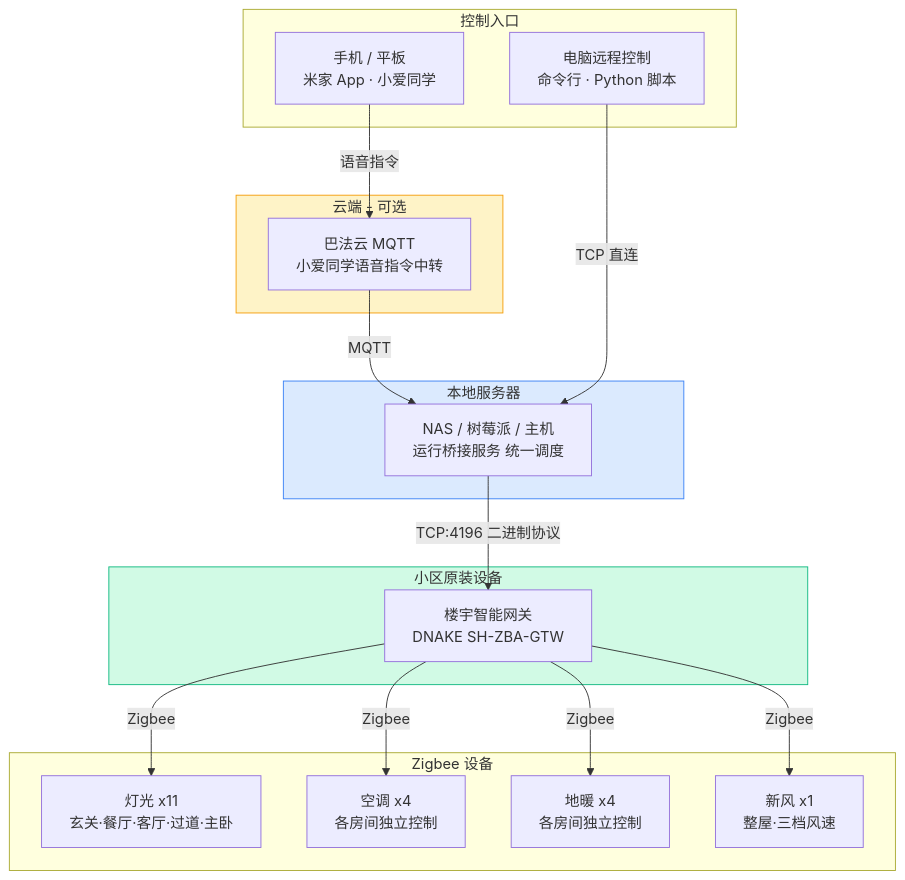
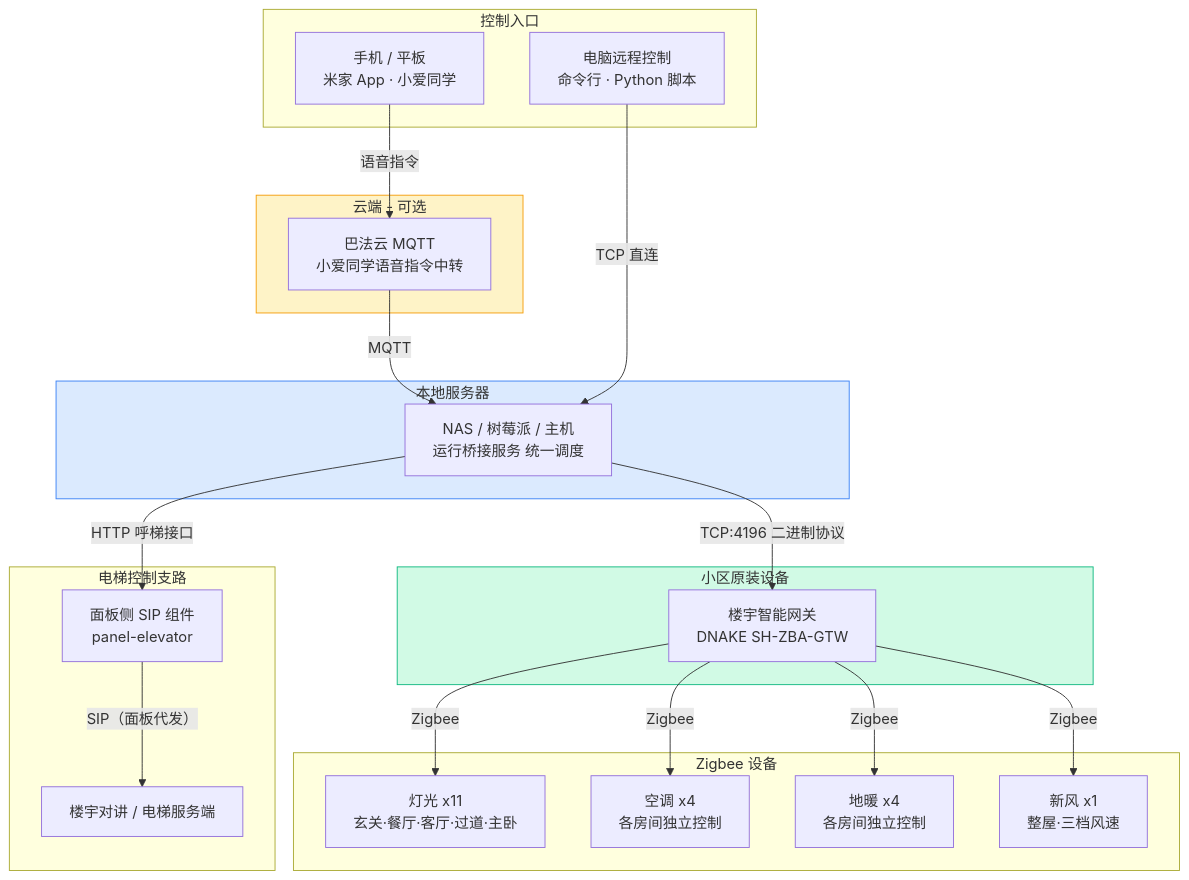
The diagram in README.md (jupiter2021/smart-home-zigbee), drawn with Mermaid before and after one commit. The commit also changed other lines of this file and 20 other files, not shown here.

Commit message:
feat: add optional SIP elevator down calls

````diff
--- a/README.md
+++ b/README.md
@@ -11,39 +11,46 @@
 ```mermaid
 graph TD
     subgraph entry [控制入口]
         A["手机 / 平板\n米家 App · 小爱同学"]
         B["电脑远程控制\n命令行 · Python 脚本"]
     end
 
     subgraph cloud [云端 - 可选]
         C["巴法云 MQTT\n小爱同学语音指令中转"]
     end
 
     subgraph local [本地服务器]
         D["NAS / 树莓派 / 主机\n运行桥接服务 统一调度"]
     end
 
     subgraph gw [小区原装设备]
         E["楼宇智能网关\nDNAKE SH-ZBA-GTW"]
     end
 
     subgraph devices [Zigbee 设备]
         F["灯光 x11\n玄关·餐厅·客厅·过道·主卧"]
         G["空调 x4\n各房间独立控制"]
         H["地暖 x4\n各房间独立控制"]
         I["新风 x1\n整屋·三档风速"]
     end
 
+    subgraph elevator [电梯控制支路]
+        J["面板侧 SIP 组件\npanel-elevator"]
+        K["楼宇对讲 / 电梯服务端"]
+    end
+
     A -->|语音指令| C
     C -->|MQTT| D
     B -->|TCP 直连| D
     D -->|"TCP:4196 二进制协议"| E
     E -->|Zigbee| F
     E -->|Zigbee| G
     E -->|Zigbee| H
     E -->|Zigbee| I
+    D -->|HTTP 呼梯接口| J
+    J -->|SIP（面板代发）| K
 
     style cloud fill:#fef3c7,stroke:#f59e0b
     style local fill:#dbeafe,stroke:#3b82f6
     style gw fill:#d1fae5,stroke:#10b981
 ```
````
